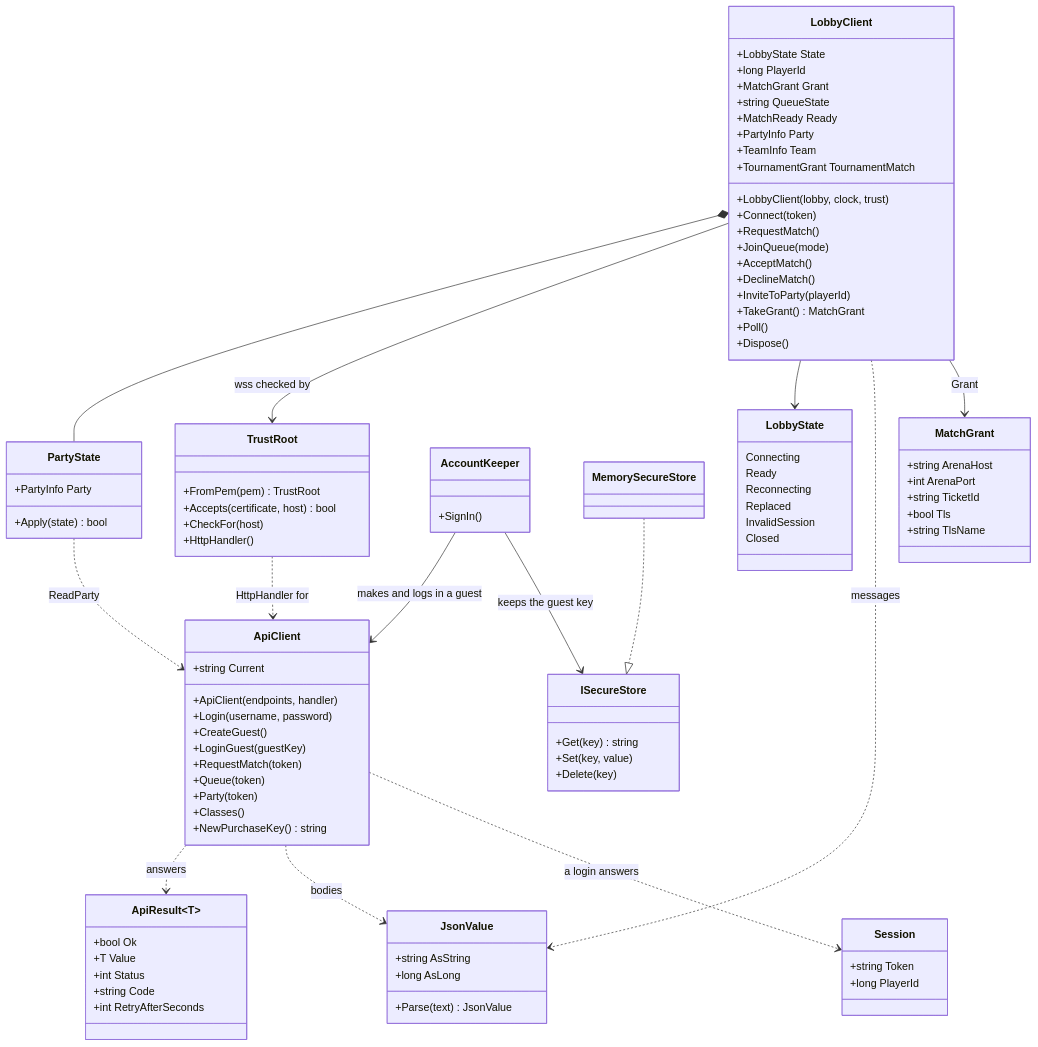
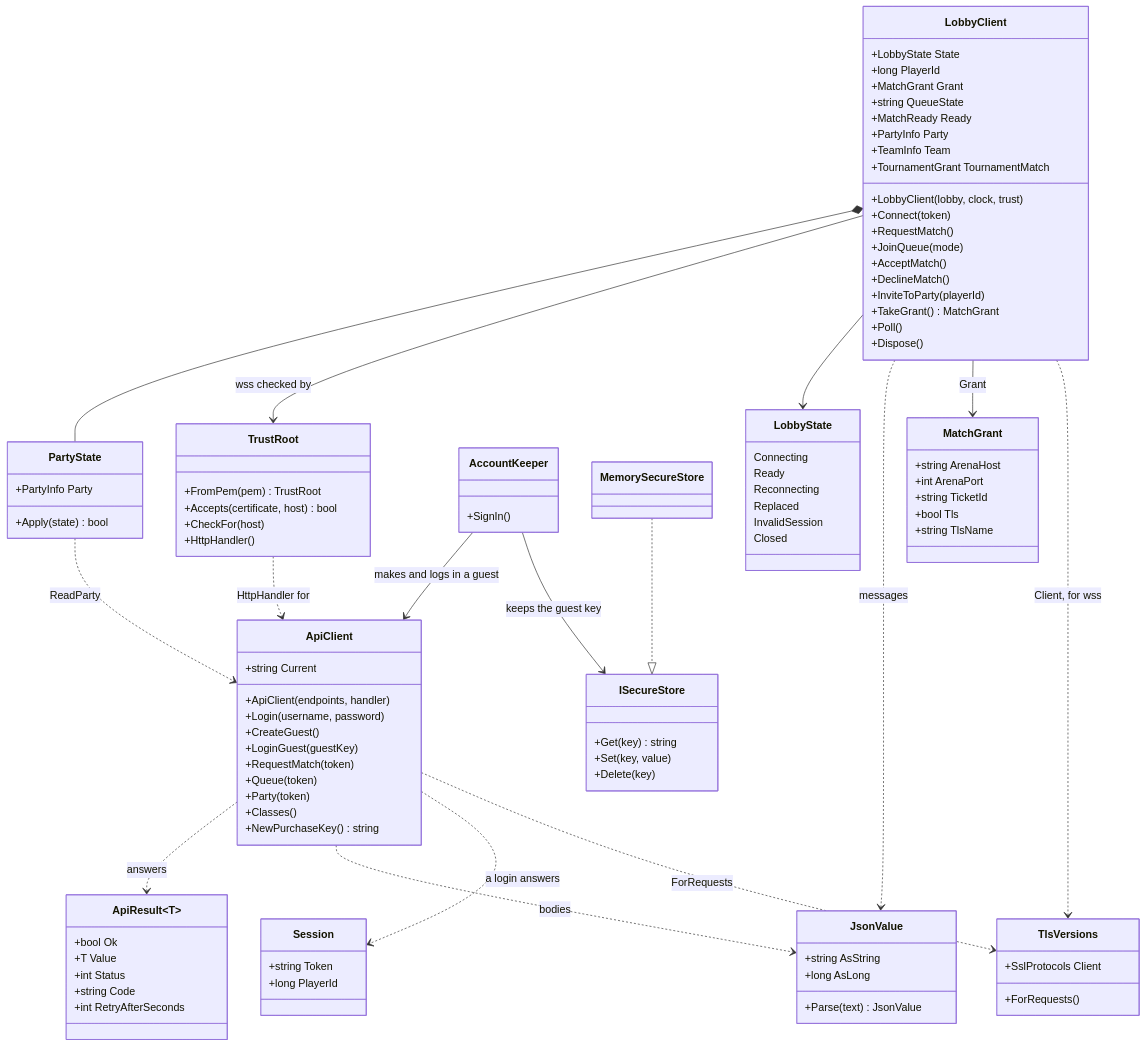
The third of 13 diagrams in docs/diagrams/06-client.md (greensoft-atom/depio-simulation-platform), drawn with Mermaid before and after one commit. The commit also changed other lines of this file and 64 other files, not shown here.

````diff
--- a/docs/diagrams/06-client.md
+++ b/docs/diagrams/06-client.md
@@ -311,6 +318,10 @@
         +CheckFor(host)
         +HttpHandler()
     }
+    class TlsVersions {
+        +SslProtocols Client
+        +ForRequests()
+    }
     LobbyClient *-- PartyState
     LobbyClient --> TrustRoot : wss checked by
     TrustRoot ..> ApiClient : HttpHandler for
@@ -324,4 +335,6 @@
     AccountKeeper --> ApiClient : makes and logs in a guest
     AccountKeeper --> ISecureStore : keeps the guest key
     MemorySecureStore ..|> ISecureStore
+    LobbyClient ..> TlsVersions : Client, for wss
+    ApiClient ..> TlsVersions : ForRequests
 ```
````
